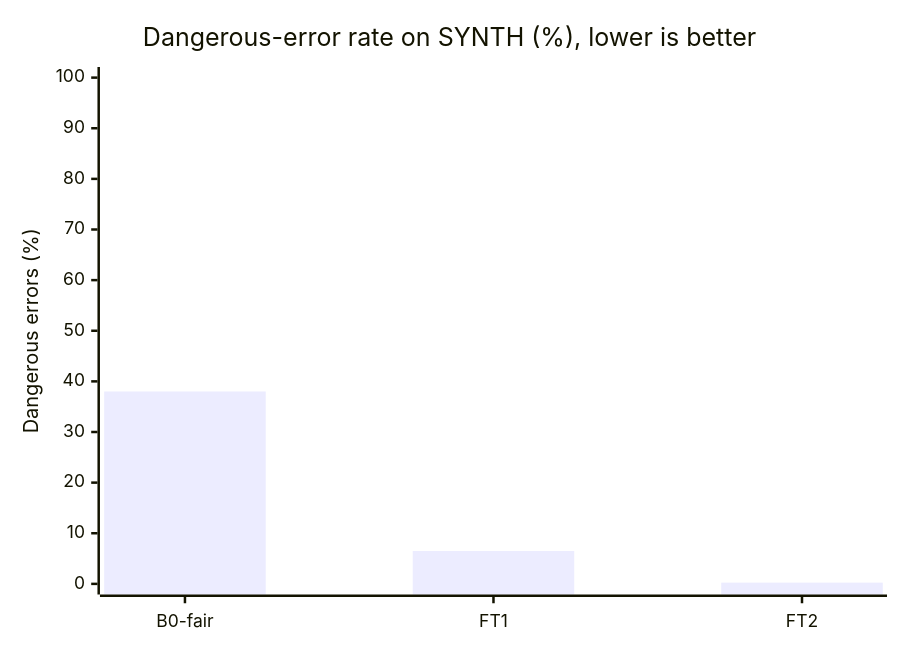
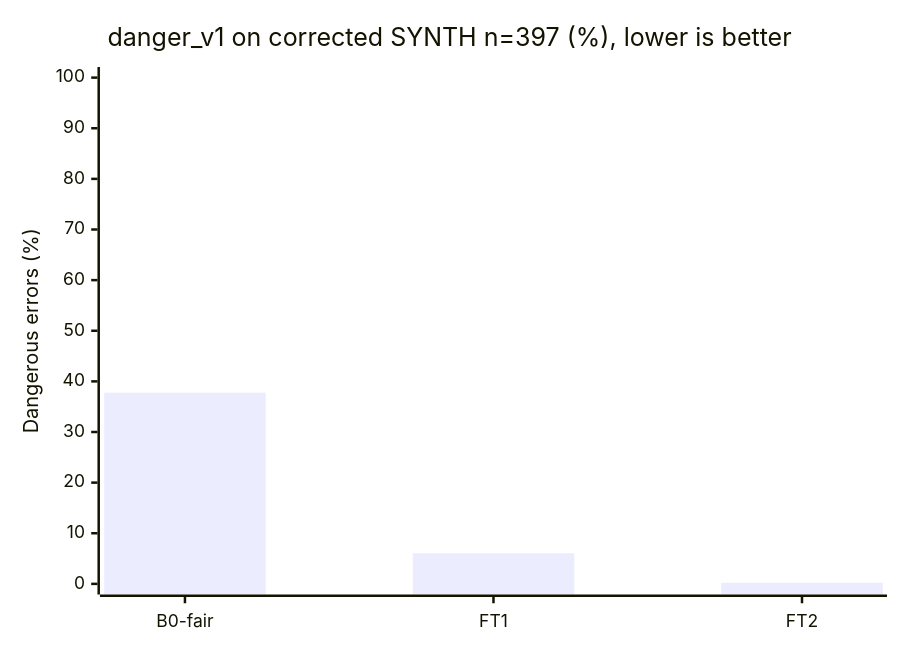
The fourth of 4 diagrams in eval/results.md (Vedant817/aaji-pill-clerk), drawn with Mermaid before and after one commit. The commit also changed other lines of this file and 45 other files, not shown here.

````diff
--- a/eval/results.md
+++ b/eval/results.md
@@ -141,7 +172,7 @@
 ```mermaid
 xychart-beta
-    title "Dangerous-error rate on SYNTH (%), lower is better"
+    title "danger_v1 on corrected SYNTH n=397 (%), lower is better"
     x-axis ["B0-fair", "FT1", "FT2"]
     y-axis "Dangerous errors (%)" 0 --> 100
-    bar [38, 6.5, 0.25]
+    bar [37.78, 6.05, 0.25]
 ```
````
